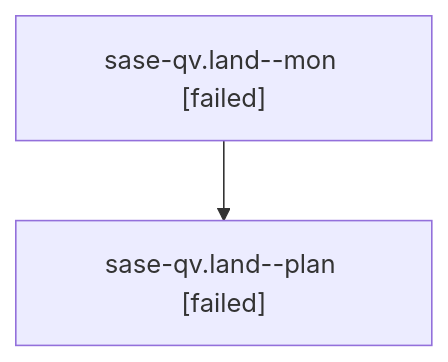
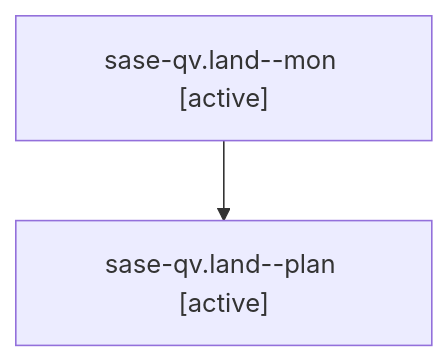
One commit to sase-org/sase--agents changed the diagram in families/bbugyi200.athena.sase-qv.land.md. Above: the diagram before and after it, drawn with Mermaid. The commit also changed other lines of this file and 35830 other files, not shown here.

````diff
--- a/families/bbugyi200.athena.sase-qv.land.md
+++ b/families/bbugyi200.athena.sase-qv.land.md
@@ -9,6 +9,6 @@
 ```mermaid
 flowchart TD
-  n0["sase-qv.land--mon [failed]"]
-  n1["sase-qv.land--plan [failed]"]
+  n0["sase-qv.land--mon [active]"]
+  n1["sase-qv.land--plan [active]"]
   n0 --> n1
 ```
````
